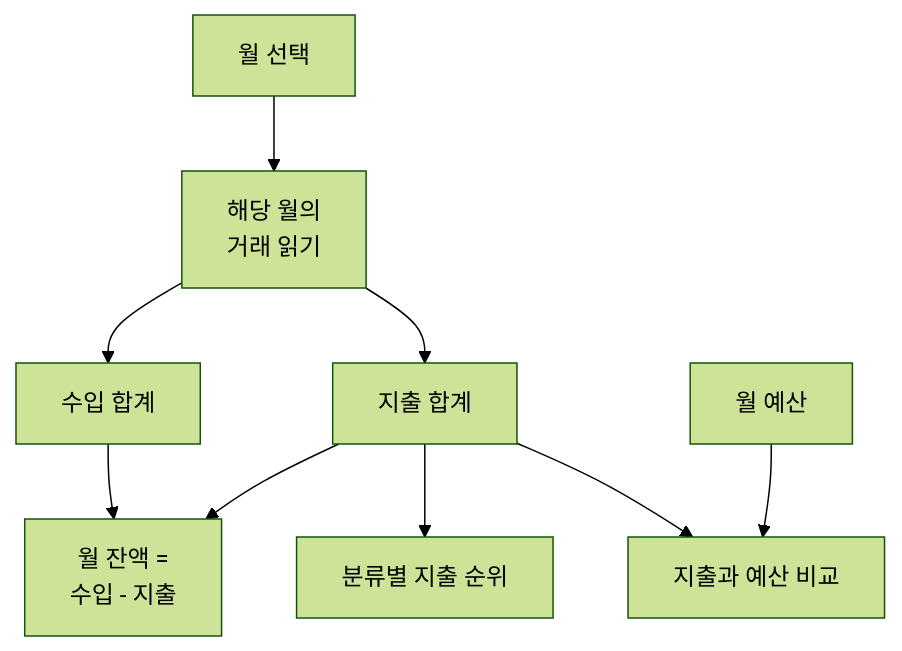
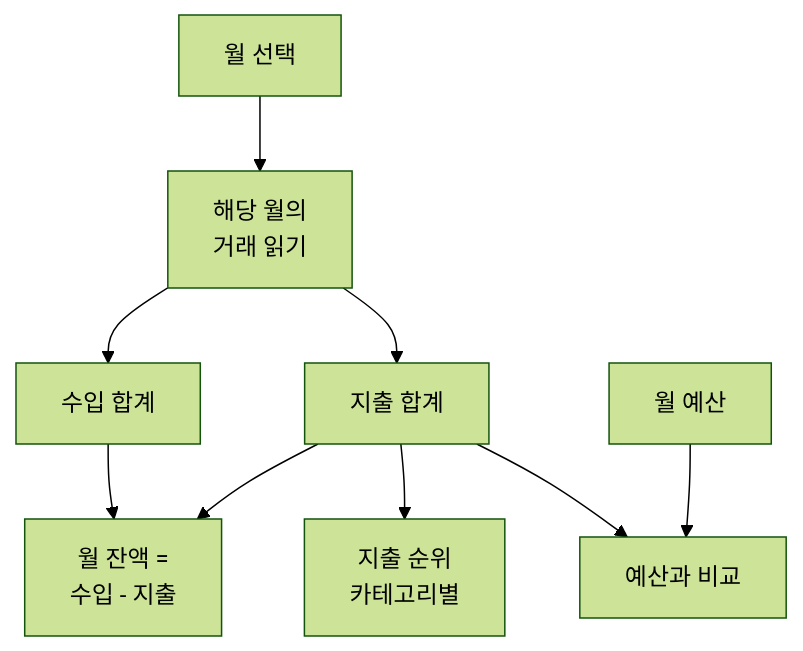
The fourth of 9 diagrams in README.md (Cerhovah/Codyssey_Mission_B2-1), drawn with Mermaid (forest theme) before and after one commit. The commit also changed other lines of this file, not shown here.

First line of the commit message:
docs: 구조도에서 단어가 갈라지는 줄바꿈 정리

````diff
--- a/README.md
+++ b/README.md
@@ -240,11 +240,11 @@
 ```mermaid
 flowchart TD
     Month["월 선택"] --> Records["해당 월의<br/>거래 읽기"]
     Records --> Income["수입 합계"]
     Records --> Expense["지출 합계"]
     Income --> Balance["월 잔액 =<br/>수입 - 지출"]
     Expense --> Balance
-    Expense --> Rank["분류별 지출 순위"]
-    Expense --> Compare["지출과 예산 비교"]
+    Expense --> Rank["지출 순위<br/>카테고리별"]
+    Expense --> Compare["예산과 비교"]
     Budget["월 예산"] --> Compare
 ```
````
